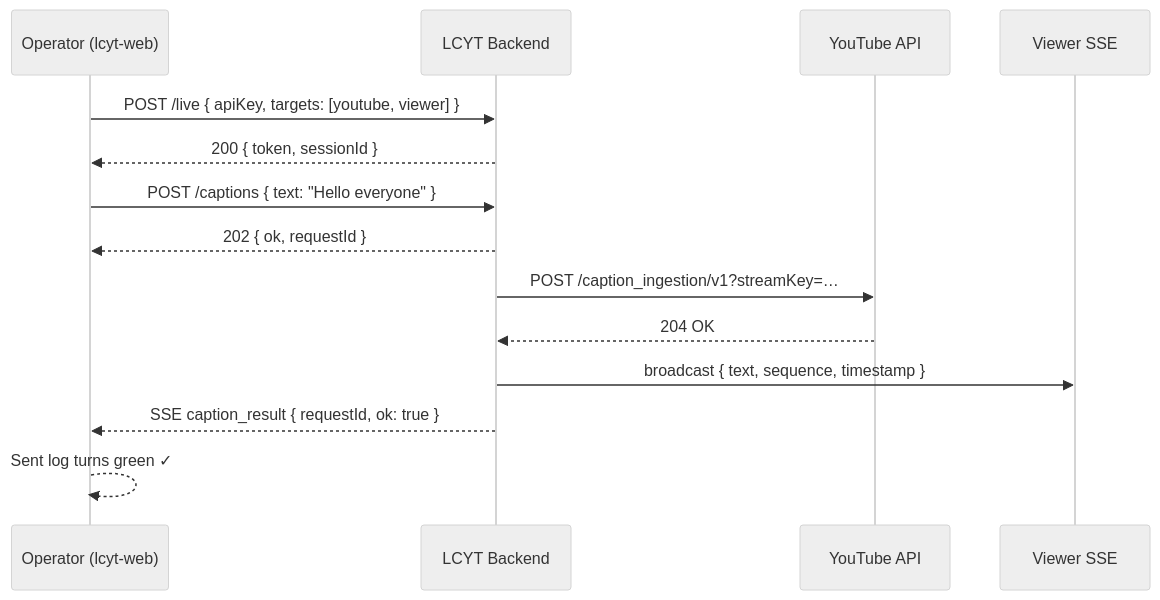
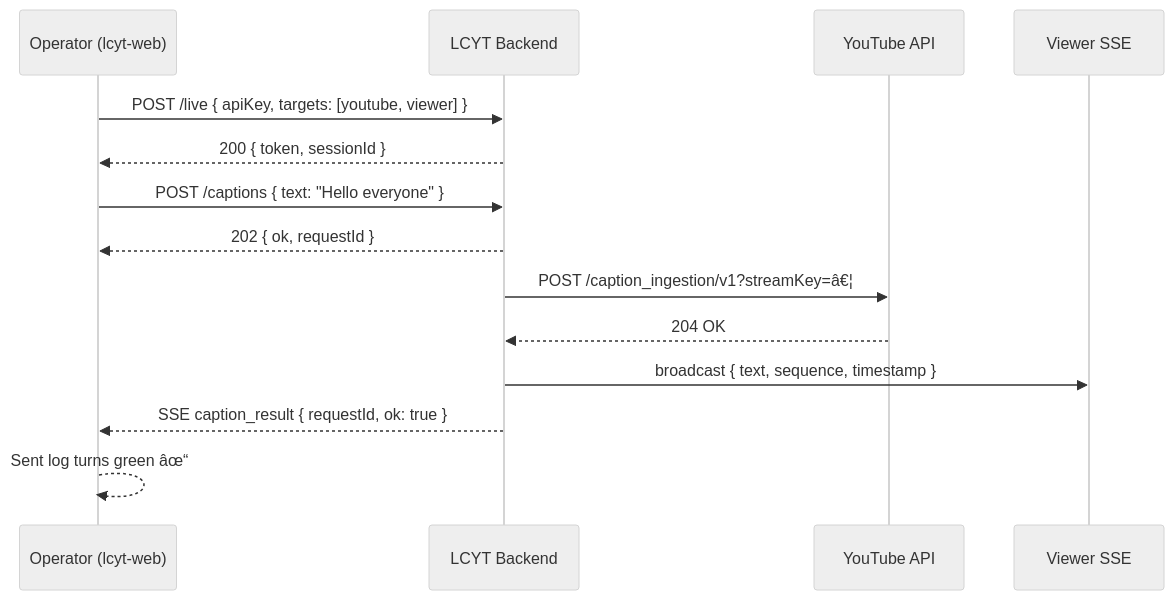
The fourth of 5 diagrams in docs/guide-web/flow.md (jsilvanus/live-captions-yt), drawn with Mermaid (neutral theme) before and after one commit. The commit also changed other lines of this file and 171 other files, not shown here.

````diff
--- a/docs/guide-web/flow.md
+++ b/docs/guide-web/flow.md
@@ -167,21 +167,21 @@
 ```mermaid
 sequenceDiagram
     participant OP as Operator (lcyt-web)
     participant BE as LCYT Backend
     participant YT as YouTube API
     participant VW as Viewer SSE
 
     OP->>BE: POST /live { apiKey, targets: [youtube, viewer] }
     BE-->>OP: 200 { token, sessionId }
 
     OP->>BE: POST /captions { text: "Hello everyone" }
     BE-->>OP: 202 { ok, requestId }
 
-    BE->>YT: POST /caption_ingestion/v1?streamKey=…
+    BE->>YT: POST /caption_ingestion/v1?streamKey=â€¦
     YT-->>BE: 204 OK
 
     BE->>VW: broadcast { text, sequence, timestamp }
 
     BE-->>OP: SSE caption_result { requestId, ok: true }
-    OP-->>OP: Sent log turns green ✓
+    OP-->>OP: Sent log turns green âœ“
 ```
````
